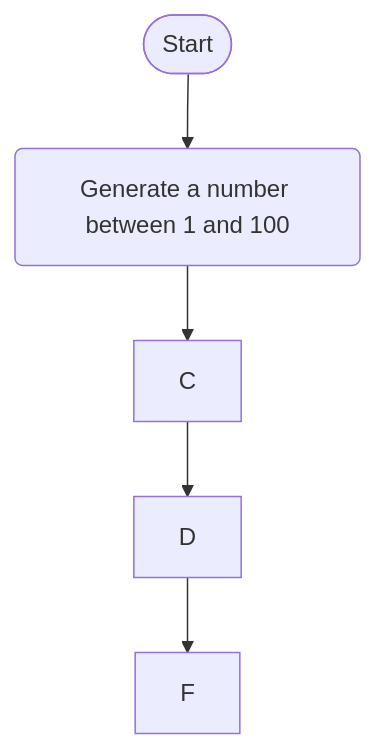
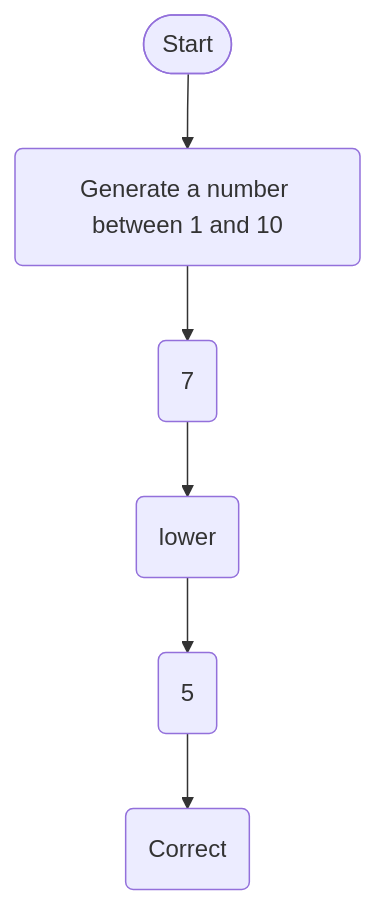
Before and after one commit to Dlc1235/Dlc1235.github.io: the diagram in README.md, drawn with Mermaid. The commit also changed other lines of this file, not shown here.

````diff
--- a/README.md
+++ b/README.md
@@ -19,7 +20,8 @@
 ```mermaid
 flowchart TD
-  Start([Start]) --> B(Generate a number between 1 and 100)
-B --> C
-C --> D
-D --> F
+  Start([Start]) --> B(Generate a number between 1 and 10)
+B --> C(7)
+C --> D(lower)
+D --> F(5)
+F --> G(Correct)
 ```
````
